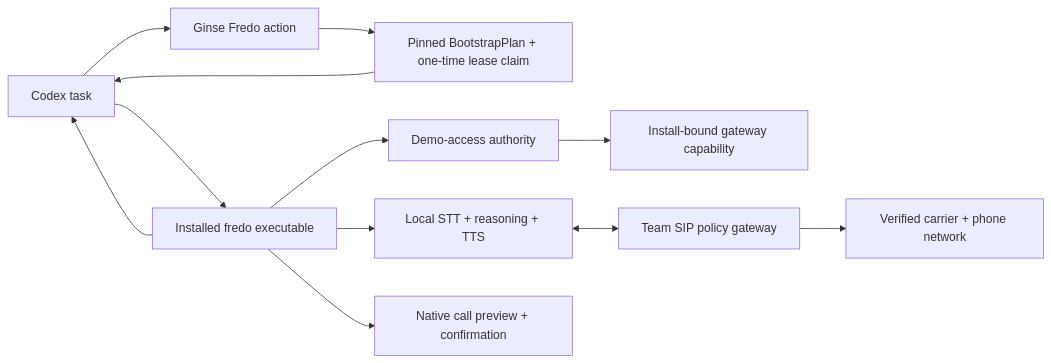
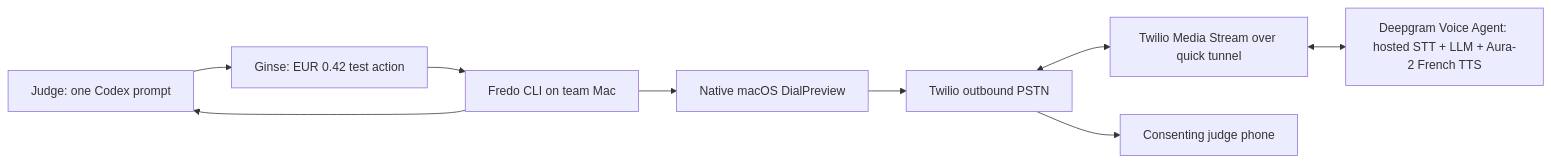
The diagram in README.md (Caezarr/42hackathon), drawn with Mermaid before and after one commit. The commit also changed other lines of this file and 66 other files, not shown here.

Commit message:
Build Fredo Ginse-to-phone hackathon MVP

````diff
--- a/README.md
+++ b/README.md
@@ -24,14 +24,11 @@
 ```mermaid
 flowchart LR
-    C["Codex task"] --> G["Ginse Fredo action"]
-    G --> BP["Pinned BootstrapPlan + one-time lease claim"]
-    BP --> C
-    C --> CLI["Installed fredo executable"]
-    CLI --> A["Demo-access authority"]
-    A --> CAP["Install-bound gateway capability"]
-    CLI --> AI["Local STT + reasoning + TTS"]
-    CLI --> UI["Native call preview + confirmation"]
-    AI <--> GW["Team SIP policy gateway"]
-    GW --> PSTN["Verified carrier + phone network"]
-    CLI --> C
+    J["Judge: one Codex prompt"] --> G["Ginse: EUR 0.42 test action"]
+    G --> C["Fredo CLI on team Mac"]
+    C --> U["Native macOS DialPreview"]
+    U --> T["Twilio outbound PSTN"]
+    T <--> W["Twilio Media Stream over quick tunnel"]
+    W <--> D["Deepgram Voice Agent: hosted STT + LLM + Aura-2 French TTS"]
+    T --> P["Consenting judge phone"]
+    C --> J
 ```
````
